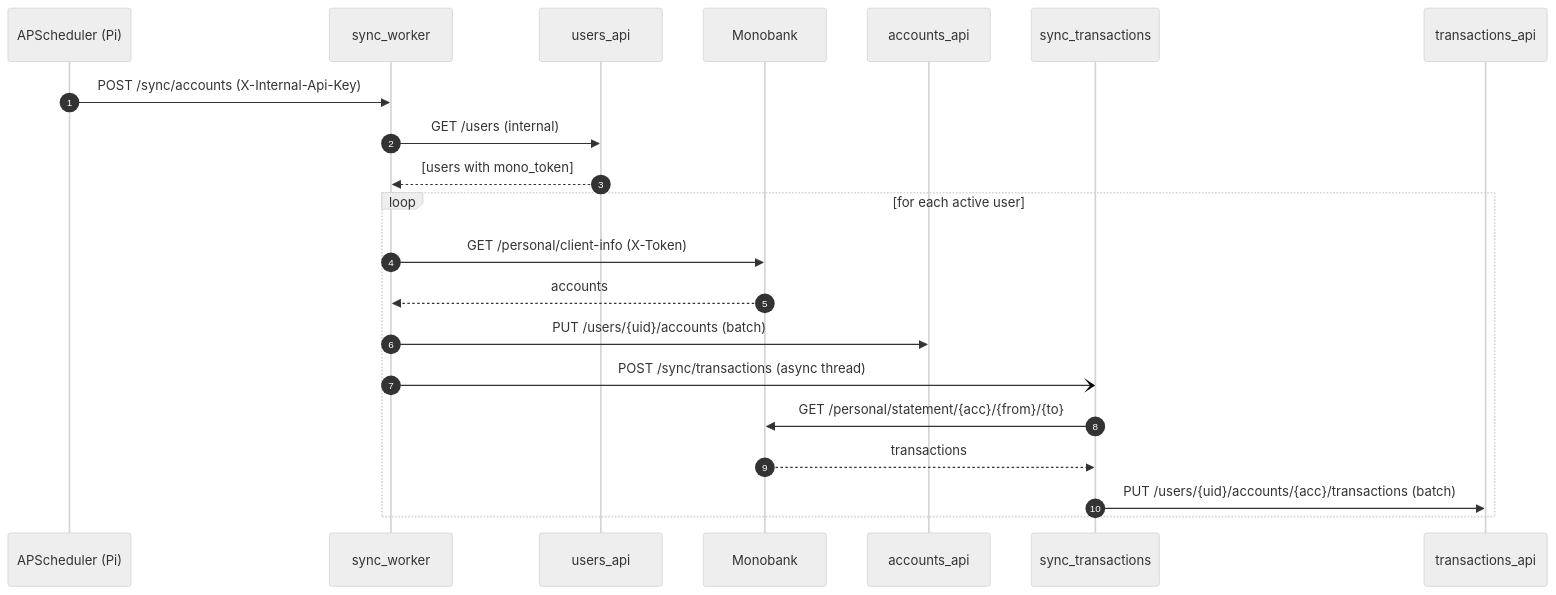
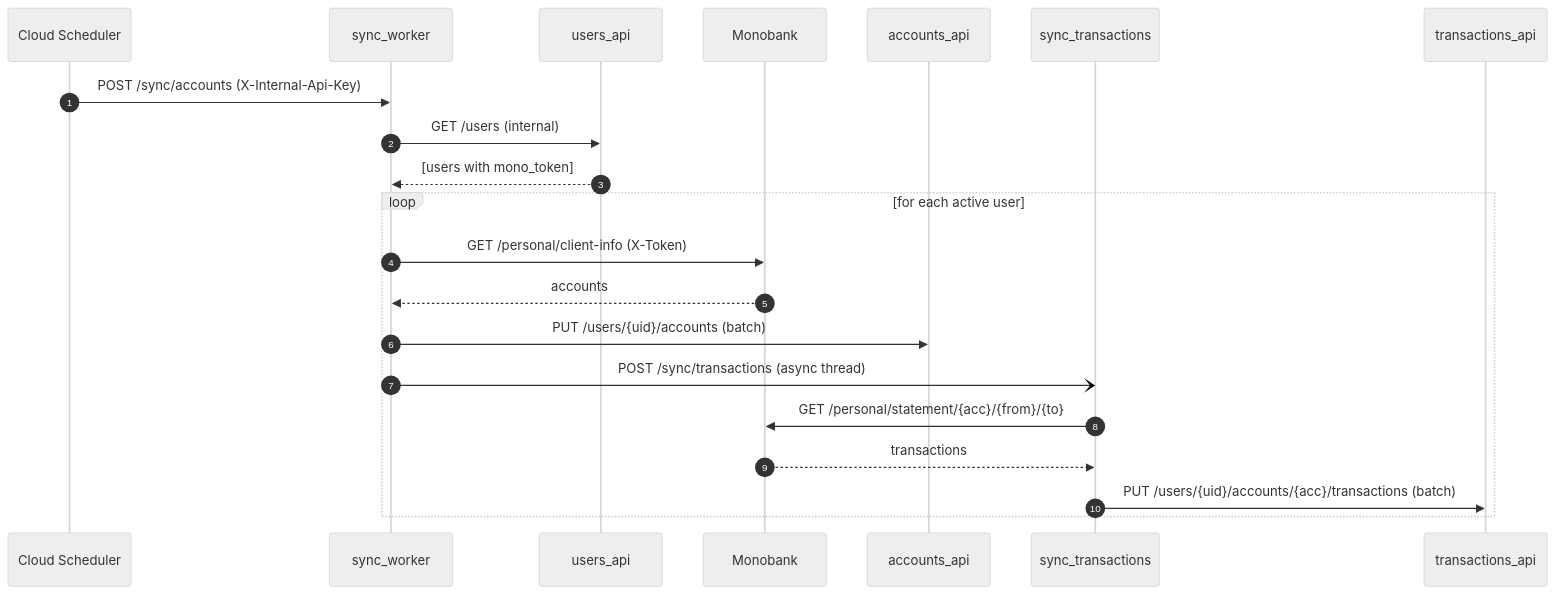
The fourth of 8 diagrams in docs/arc42.md (IuriiRR/MonoProjectCloud), drawn with Mermaid (neutral theme) before and after one commit. The commit also changed other lines of this file and 53 other files, not shown here.

````diff
--- a/docs/arc42.md
+++ b/docs/arc42.md
@@ -307,24 +292,24 @@
 ```mermaid
 sequenceDiagram
   autonumber
-  participant Cron as APScheduler (Pi)
+  participant Cron as Cloud Scheduler
   participant SW as sync_worker
   participant UA as users_api
   participant Mono as Monobank
   participant AA as accounts_api
   participant ST as sync_transactions
   participant TA as transactions_api
 
   Cron->>SW: POST /sync/accounts (X-Internal-Api-Key)
   SW->>UA: GET /users (internal)
   UA-->>SW: [users with mono_token]
   loop for each active user
     SW->>Mono: GET /personal/client-info (X-Token)
     Mono-->>SW: accounts
     SW->>AA: PUT /users/{uid}/accounts (batch)
     SW-)ST: POST /sync/transactions (async thread)
     ST->>Mono: GET /personal/statement/{acc}/{from}/{to}
     Mono-->>ST: transactions
     ST->>TA: PUT /users/{uid}/accounts/{acc}/transactions (batch)
   end
 ```
````
